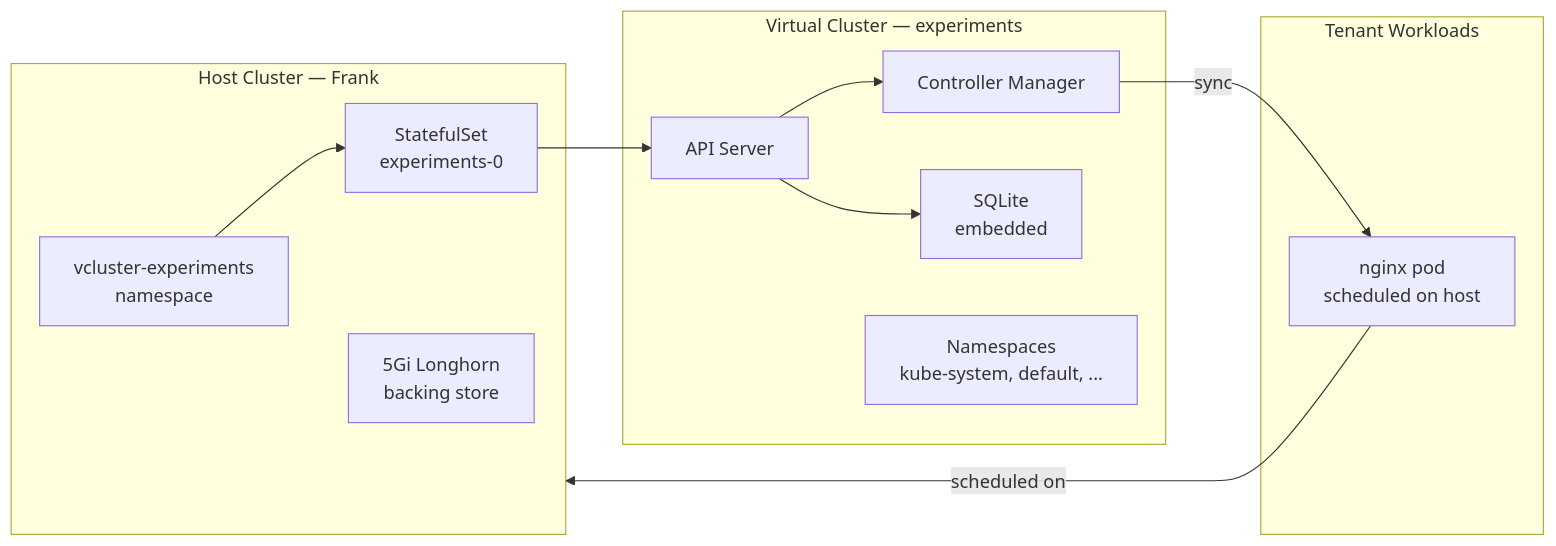
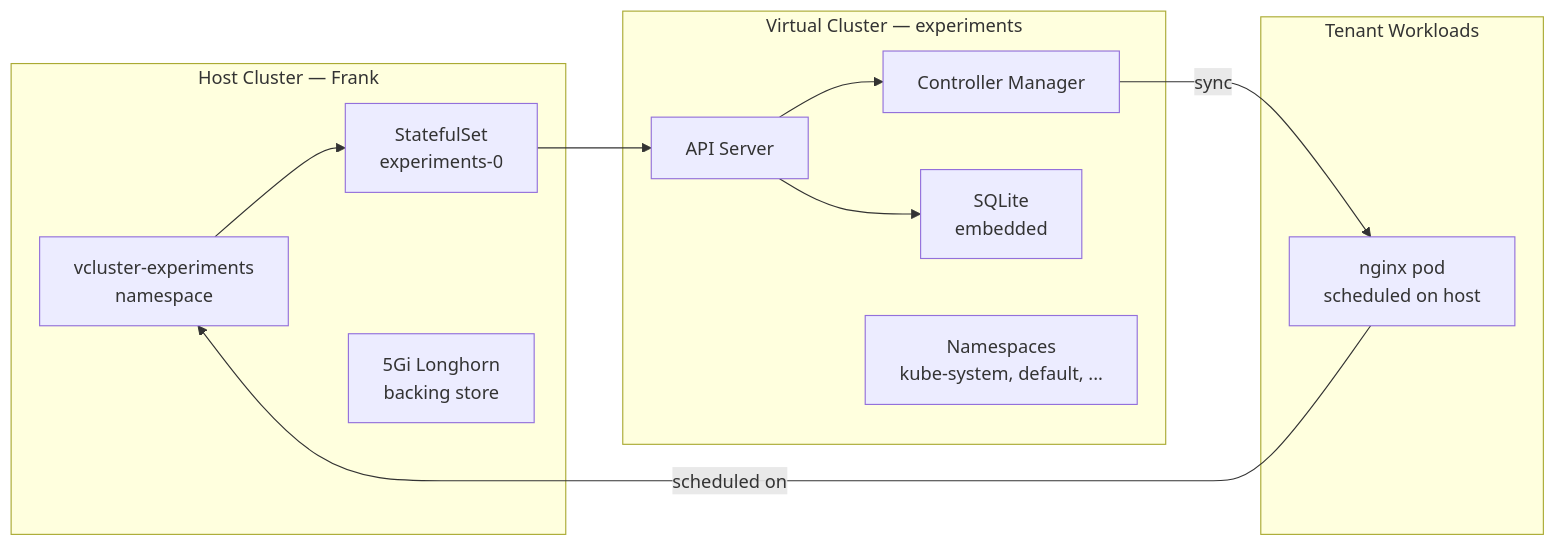
Before and after one commit to derio-net/frank: the diagram in blog/content/docs/building/14-multi-tenancy/index.md, drawn with Mermaid. The commit also changed 52 other files, not shown here.

````diff
--- a/blog/content/docs/building/14-multi-tenancy/index.md
+++ b/blog/content/docs/building/14-multi-tenancy/index.md
@@ -19,24 +19,24 @@
 ```mermaid
 flowchart LR
   subgraph Host[Host Cluster — Frank]
     NS[vcluster-experiments<br/>namespace]
     ST[StatefulSet<br/>experiments-0]
     PVC[5Gi Longhorn<br/>backing store]
   end
   subgraph Virtual[Virtual Cluster — experiments]
     API[API Server]
     CM[Controller Manager]
     SQL[SQLite<br/>embedded]
     NSv[Namespaces<br/>kube-system, default, ...]
   end
   subgraph Tenant[Tenant Workloads]
     Pod[nginx pod<br/>scheduled on host]
   end
 
   NS --> ST
   ST --> API
   API --> SQL
   API --> CM
   CM -->|sync| Pod
-  Pod -->|scheduled on| Host
+  Pod -->|scheduled on| NS
 ```
````
